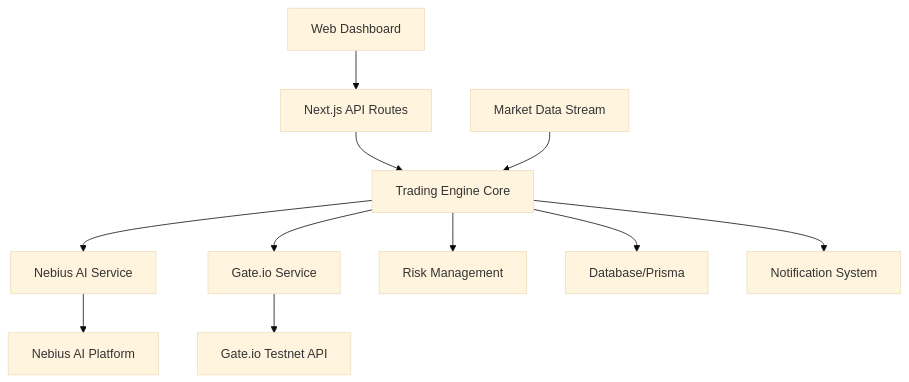
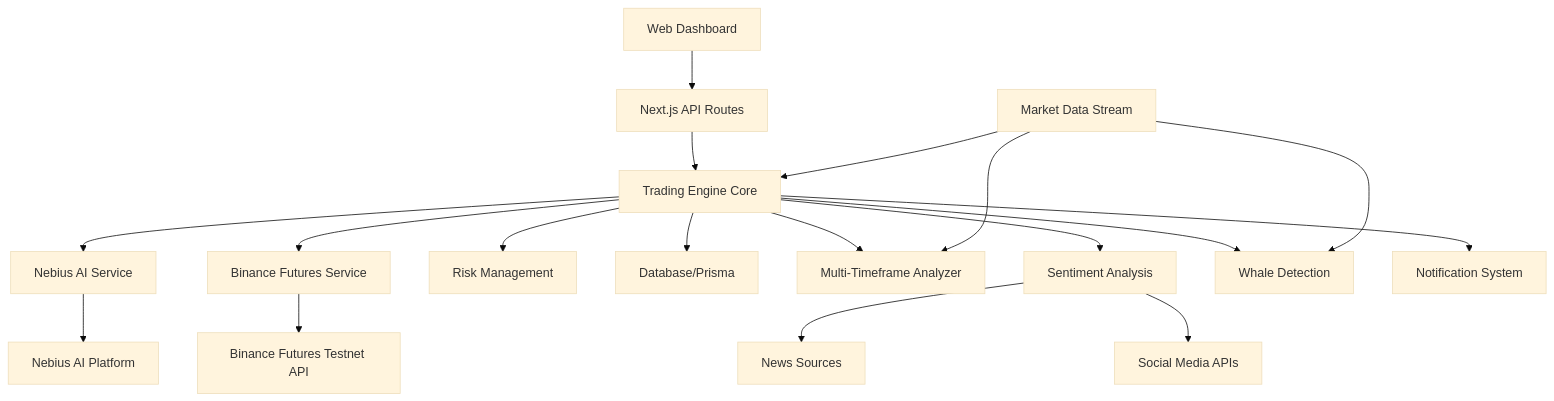
The diagram in .kiro/specs/live-trading-bot/design.md (bagussundaru/NovemberAITrader), drawn with Mermaid (base theme) before and after one commit. The commit also changed other lines of this file and 71 other files, not shown here.

````diff
--- a/.kiro/specs/live-trading-bot/design.md
+++ b/.kiro/specs/live-trading-bot/design.md
@@ -11,15 +11,22 @@
 ```mermaid
 graph TB
     UI[Web Dashboard] --> API[Next.js API Routes]
     API --> TradingEngine[Trading Engine Core]
     TradingEngine --> AIService[Nebius AI Service]
-    TradingEngine --> ExchangeService[Gate.io Service]
+    TradingEngine --> ExchangeService[Binance Futures Service]
     TradingEngine --> RiskManager[Risk Management]
     TradingEngine --> DataStore[Database/Prisma]
+    TradingEngine --> MultiTimeframe[Multi-Timeframe Analyzer]
+    TradingEngine --> SentimentAnalyzer[Sentiment Analysis]
+    TradingEngine --> WhaleDetector[Whale Detection]
     
     AIService --> NebiusAPI[Nebius AI Platform]
-    ExchangeService --> GateAPI[Gate.io Testnet API]
+    ExchangeService --> BinanceAPI[Binance Futures Testnet API]
+    SentimentAnalyzer --> NewsAPI[News Sources]
+    SentimentAnalyzer --> SocialAPI[Social Media APIs]
     
     MarketData[Market Data Stream] --> TradingEngine
+    MarketData --> MultiTimeframe
+    MarketData --> WhaleDetector
     TradingEngine --> NotificationService[Notification System]
 ```
````
